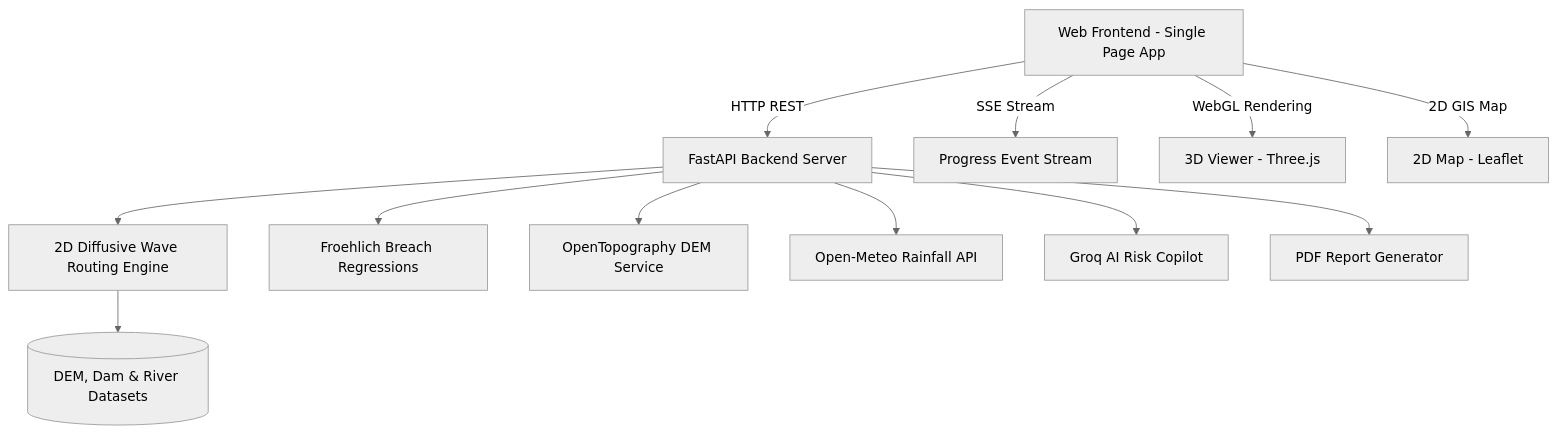
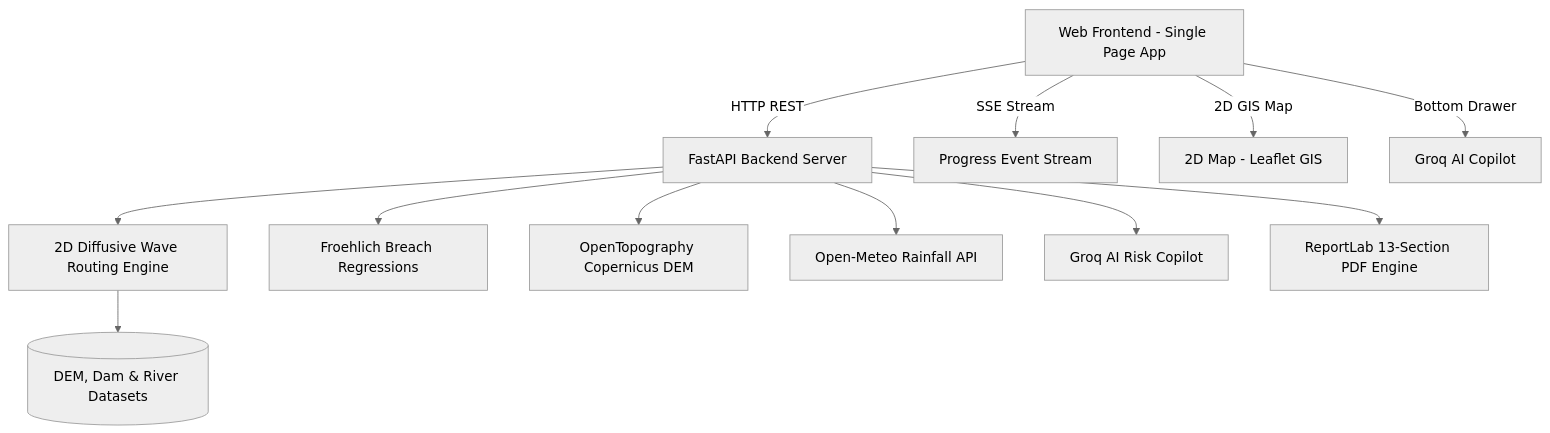
Before and after one commit to Lohith848/dam-break-inundation: the diagram in README.md, drawn with Mermaid (neutral theme). The commit also changed other lines of this file and 32 other files, not shown here.

Commit message:
feat: map-based hydrodynamic simulation, groq AI copilot, CWC PDF reporting, and documentation update

````diff
--- a/README.md
+++ b/README.md
@@ -40,16 +46,16 @@
 ```mermaid
 graph TD
     Client[Web Frontend - Single Page App] -->|HTTP REST| API[FastAPI Backend Server]
     Client -->|SSE Stream| Progress[Progress Event Stream]
-    Client -->|WebGL Rendering| ThreeJS[3D Viewer - Three.js]
-    Client -->|2D GIS Map| Leaflet[2D Map - Leaflet]
+    Client -->|2D GIS Map| Leaflet[2D Map - Leaflet GIS]
+    Client -->|Bottom Drawer| AICopilot[Groq AI Copilot]
 
     API --> Hydro[2D Diffusive Wave Routing Engine]
     API --> Breach[Froehlich Breach Regressions]
-    API --> OpenTopo[OpenTopography DEM Service]
+    API --> OpenTopo[OpenTopography Copernicus DEM]
     API --> Weather[Open-Meteo Rainfall API]
     API --> Groq[Groq AI Risk Copilot]
-    API --> PDF[PDF Report Generator]
+    API --> PDF[ReportLab 13-Section PDF Engine]
 
     Hydro --> Datasets[(DEM, Dam & River Datasets)]
 ```
````
